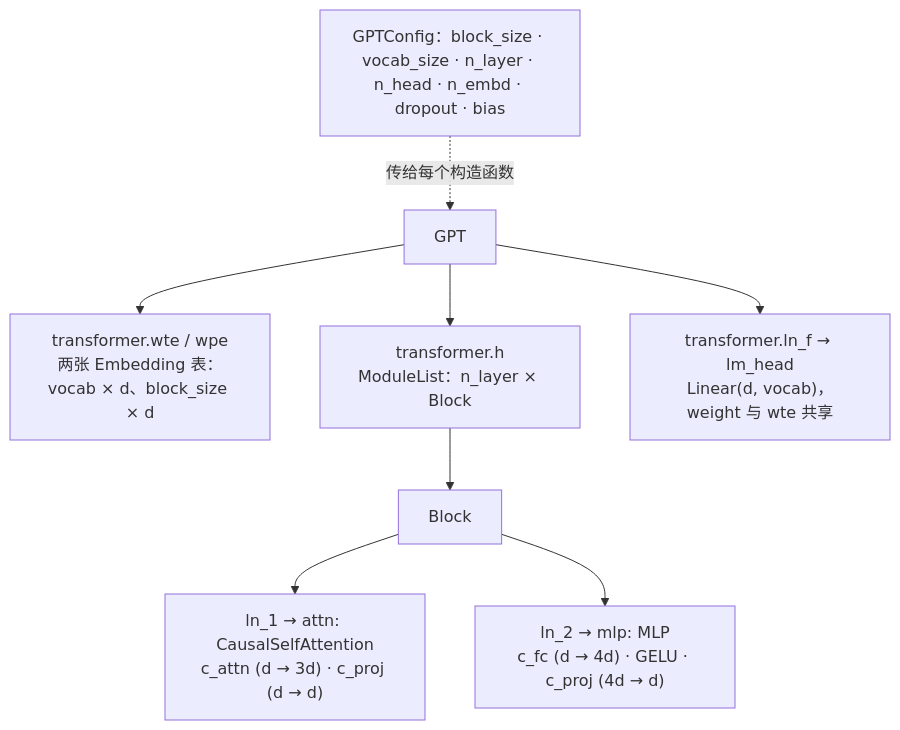
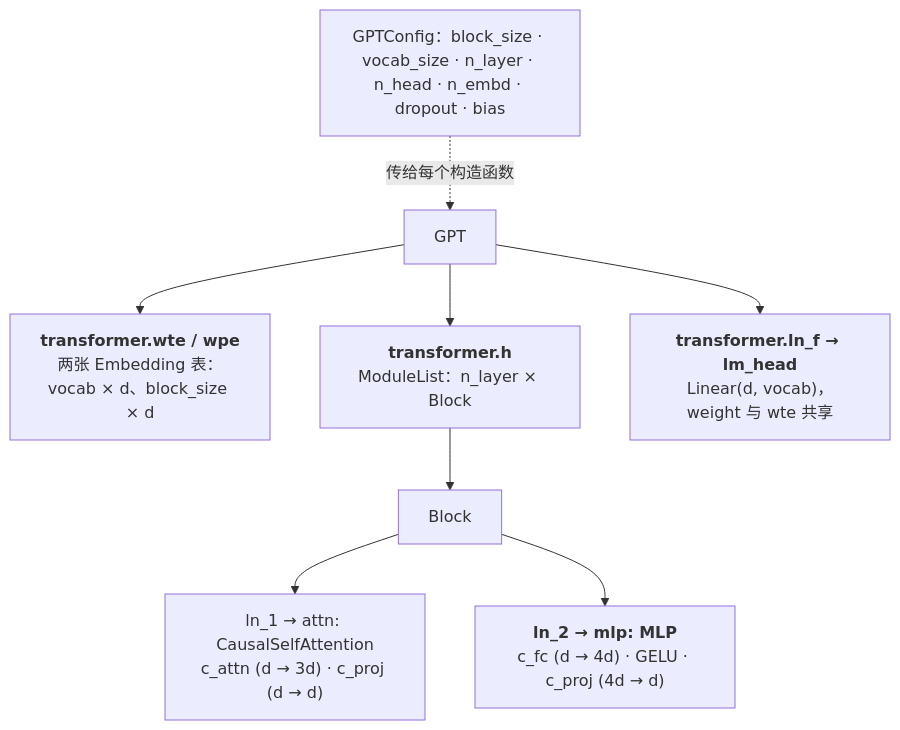
One commit to arganzheng/arganzheng.github.com changed the diagram in _posts/2026-03-31-nanogpt-model-py-line-by-line.md. Above: the diagram before and after it, drawn with Mermaid. The commit also changed 2 other files, not shown here.

Commit message:
Transformer 原理与实现：从论文到手搓 GPT-2：Mermaid 多行方框的首行标为标题（3 篇）
只在标签开头加 <b>…</b>，文字不变；长句、断句续行、代码 / 推演步骤、
并列行和判断菱形保持原样。

````diff
--- a/_posts/2026-03-31-nanogpt-model-py-line-by-line.md
+++ b/_posts/2026-03-31-nanogpt-model-py-line-by-line.md
@@ -40,12 +40,12 @@
 ```mermaid
 %% 图：nanoGPT model.py 六个类的组合关系：GPT 持有 wte / wpe 两张 embedding 表、n_layer 个 Block 与 ln_f、lm_head；每个 Block 持有两个 LayerNorm、一个 CausalSelfAttention、一个 MLP；GPTConfig 是所有类共享的超参数
 flowchart TB
     CFG["GPTConfig：block_size · vocab_size · n_layer · n_head · n_embd · dropout · bias"]
     CFG -. 传给每个构造函数 .-> G["GPT"]
-    G --> EMB["transformer.wte / wpe<br/>两张 Embedding 表：vocab × d、block_size × d"]
-    G --> H["transformer.h<br/>ModuleList：n_layer × Block"]
-    G --> TAIL["transformer.ln_f → lm_head<br/>Linear(d, vocab)，weight 与 wte 共享"]
+    G --> EMB["<b>transformer.wte / wpe</b><br/>两张 Embedding 表：vocab × d、block_size × d"]
+    G --> H["<b>transformer.h</b><br/>ModuleList：n_layer × Block"]
+    G --> TAIL["<b>transformer.ln_f → lm_head</b><br/>Linear(d, vocab)，weight 与 wte 共享"]
     H --> B["Block"]
     B --> A1["ln_1 → attn: CausalSelfAttention<br/>c_attn (d → 3d) · c_proj (d → d)"]
-    B --> A2["ln_2 → mlp: MLP<br/>c_fc (d → 4d) · GELU · c_proj (4d → d)"]
+    B --> A2["<b>ln_2 → mlp: MLP</b><br/>c_fc (d → 4d) · GELU · c_proj (4d → d)"]
 ```
````
